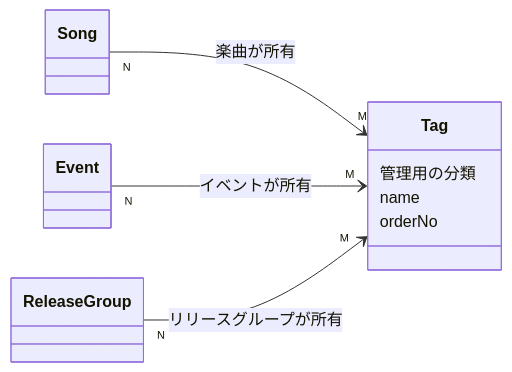
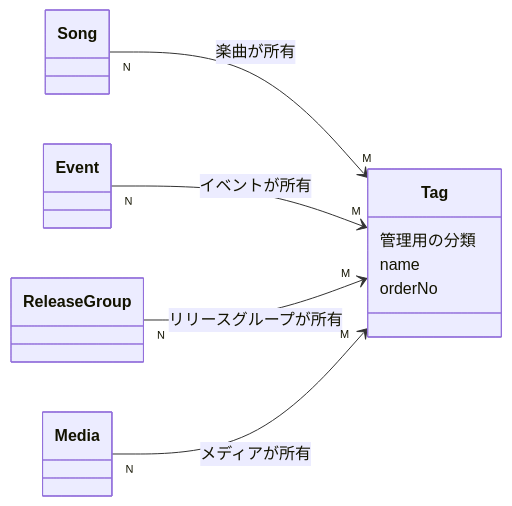
Before and after one commit to sayuprc/isekai-observatory: the diagram in docs/specs/tag.md, drawn with Mermaid. The commit also changed other lines of this file and 56 other files, not shown here.

````diff
--- a/docs/specs/tag.md
+++ b/docs/specs/tag.md
@@ -33,12 +33,13 @@
 ```mermaid
 classDiagram
   direction LR
   class Tag {
     管理用の分類
     name
     orderNo
   }
   Song "N" --> "M" Tag : 楽曲が所有
   Event "N" --> "M" Tag : イベントが所有
   ReleaseGroup "N" --> "M" Tag : リリースグループが所有
+  Media "N" --> "M" Tag : メディアが所有
 ```
````
